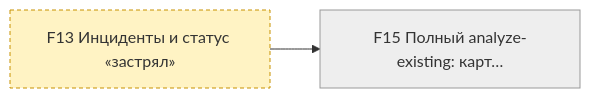
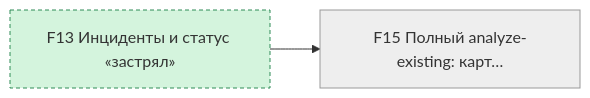
Before and after one commit to pete-doc/project-architect: the fourth of 6 diagrams in state/STATUS.md, drawn with Mermaid. The commit also changed other lines of this file and 2 other files, not shown here.

````diff
--- a/state/STATUS.md
+++ b/state/STATUS.md
@@ -115,14 +114,14 @@
 ```mermaid
 graph LR
   F15["F15 Полный analyze-existing: карт…"]
   F13["F13 Инциденты и статус «застрял»"]
   F13 --> F15
   classDef done fill:#d4f4dd,stroke:#2e8b57
   classDef work fill:#fff3c4,stroke:#c79100
   classDef blocked fill:#ffd6d6,stroke:#c0392b
   classDef later fill:#eeeeee,stroke:#999999
   classDef outside stroke-dasharray: 4 3
-  class F13 work
+  class F13 done
   class F15 later
   class F13 outside
 ```
````
